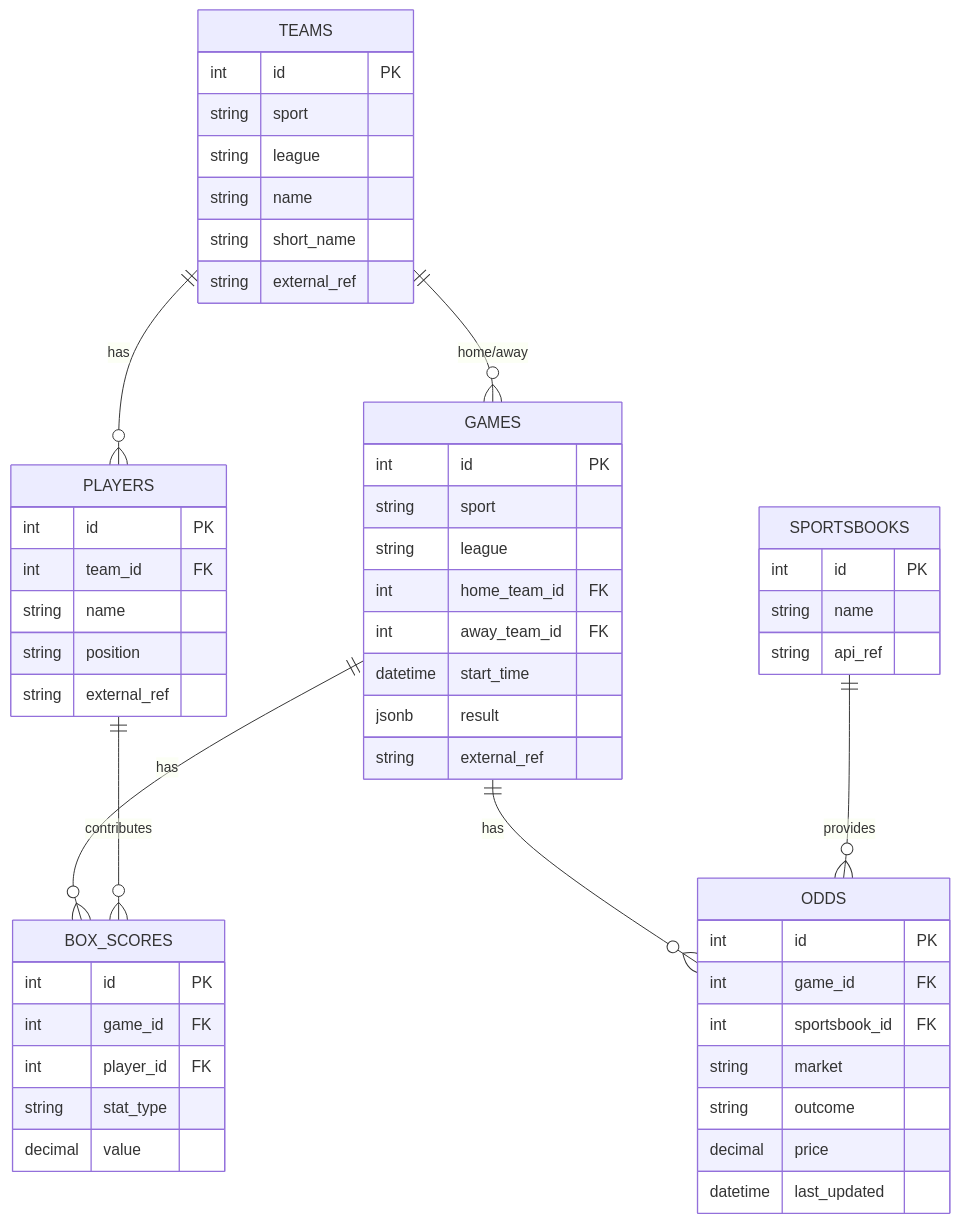
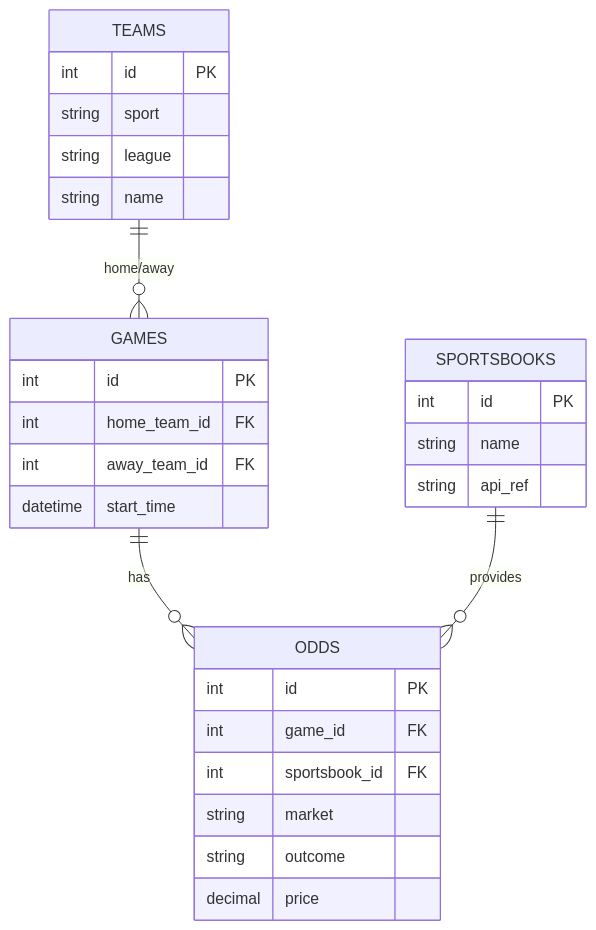
One commit to loed3055-cmd/sportsbook-assistant changed the diagram in README.md. Above: the diagram before and after it, drawn with Mermaid. The commit also changed other lines of this file and 3 other files, not shown here.

Commit message:
Add updated documentation set (README + Vision + Roadmap + Architecture)

````diff
--- a/README.md
+++ b/README.md
@@ -94,61 +94,35 @@
 ```mermaid
 erDiagram
-    TEAMS ||--o{ PLAYERS : has
     TEAMS ||--o{ GAMES : "home/away"
     GAMES ||--o{ ODDS : has
-    GAMES ||--o{ BOX_SCORES : has
-    PLAYERS ||--o{ BOX_SCORES : contributes
     SPORTSBOOKS ||--o{ ODDS : provides
 
     TEAMS {
         int id PK
         string sport
         string league
         string name
-        string short_name
-        string external_ref
-    }
-
-    PLAYERS {
-        int id PK
-        int team_id FK
-        string name
-        string position
-        string external_ref
     }
 
     GAMES {
         int id PK
-        string sport
-        string league
         int home_team_id FK
         int away_team_id FK
         datetime start_time
-        jsonb result
-        string external_ref
     }
 
     ODDS {
         int id PK
         int game_id FK
         int sportsbook_id FK
         string market
         string outcome
         decimal price
-        datetime last_updated
-    }
-
-    BOX_SCORES {
-        int id PK
-        int game_id FK
-        int player_id FK
-        string stat_type
-        decimal value
     }
 
     SPORTSBOOKS {
         int id PK
         string name
         string api_ref
     }
 ```
````
